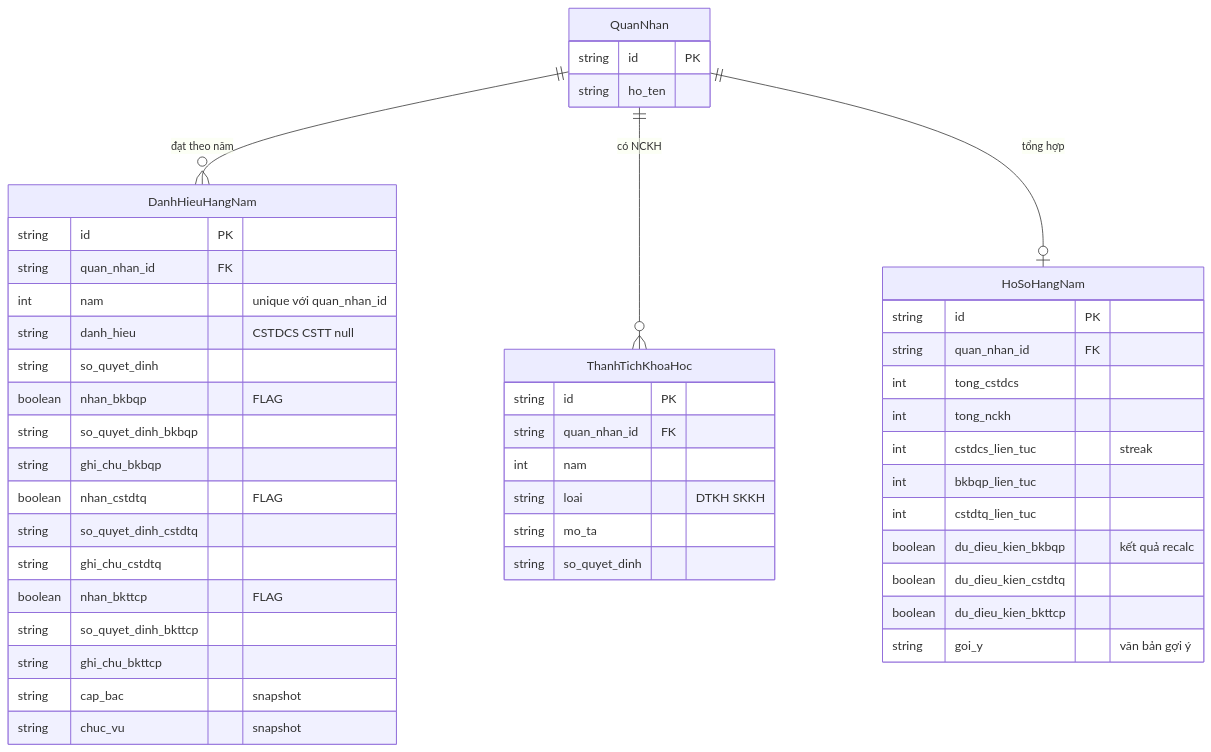
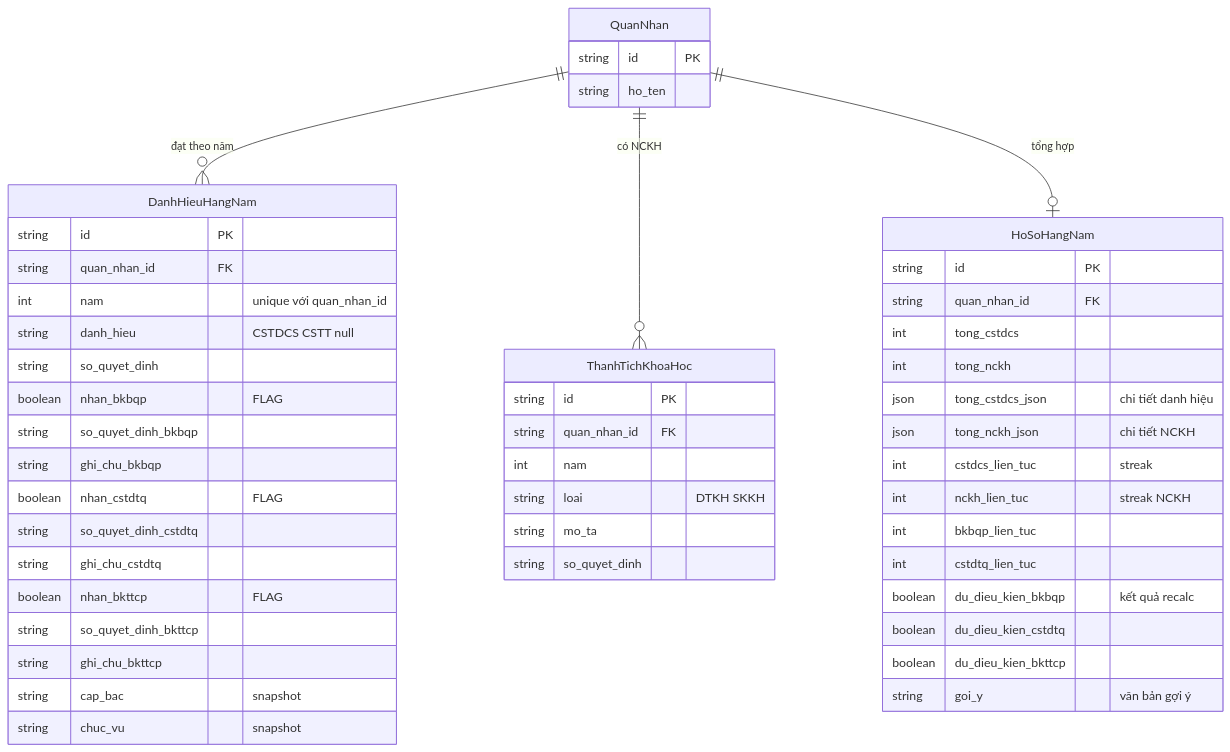
The third of 6 diagrams in docs/diagrams/06-erd.md (tranducbk/DATN_PM_QLKT), drawn with Mermaid before and after one commit. The commit also changed other lines of this file and 18 other files, not shown here.

````diff
--- a/docs/diagrams/06-erd.md
+++ b/docs/diagrams/06-erd.md
@@ -349,50 +432,53 @@
 ```mermaid
 erDiagram
     QuanNhan ||--o{ DanhHieuHangNam : "đạt theo năm"
     QuanNhan ||--o{ ThanhTichKhoaHoc : "có NCKH"
     QuanNhan ||--o| HoSoHangNam : "tổng hợp"
 
     QuanNhan {
         string id PK
         string ho_ten
     }
     DanhHieuHangNam {
         string id PK
         string quan_nhan_id FK
         int nam "unique với quan_nhan_id"
         string danh_hieu "CSTDCS CSTT null"
         string so_quyet_dinh
         boolean nhan_bkbqp "FLAG"
         string so_quyet_dinh_bkbqp
         string ghi_chu_bkbqp
         boolean nhan_cstdtq "FLAG"
         string so_quyet_dinh_cstdtq
         string ghi_chu_cstdtq
         boolean nhan_bkttcp "FLAG"
         string so_quyet_dinh_bkttcp
         string ghi_chu_bkttcp
         string cap_bac "snapshot"
         string chuc_vu "snapshot"
     }
     ThanhTichKhoaHoc {
         string id PK
         string quan_nhan_id FK
         int nam
         string loai "DTKH SKKH"
         string mo_ta
         string so_quyet_dinh
     }
     HoSoHangNam {
         string id PK
         string quan_nhan_id FK
         int tong_cstdcs
         int tong_nckh
+        json tong_cstdcs_json "chi tiết danh hiệu"
+        json tong_nckh_json "chi tiết NCKH"
         int cstdcs_lien_tuc "streak"
+        int nckh_lien_tuc "streak NCKH"
         int bkbqp_lien_tuc
         int cstdtq_lien_tuc
         boolean du_dieu_kien_bkbqp "kết quả recalc"
         boolean du_dieu_kien_cstdtq
         boolean du_dieu_kien_bkttcp
         string goi_y "văn bản gợi ý"
     }
 ```
````
